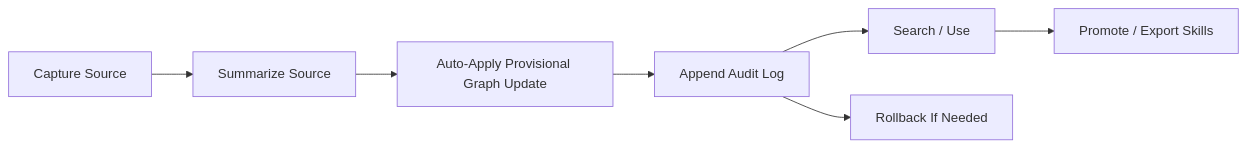
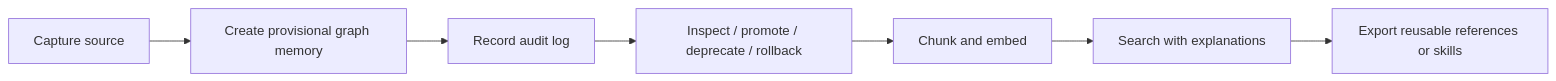
Before and after one commit to sparkplug604/praxis: the second of 2 diagrams in README.md, drawn with Mermaid. The commit also changed other lines of this file, not shown here.

Commit message:
Clarify Praxis knowledge loop

````diff
--- a/README.md
+++ b/README.md
@@ -162,9 +167,9 @@
 ```mermaid
 flowchart LR
-    A["Capture Source"] --> B["Summarize Source"]
-    B --> C["Auto-Apply Provisional Graph Update"]
-    C --> D["Append Audit Log"]
-    D --> E["Search / Use"]
-    D --> F["Rollback If Needed"]
-    E --> G["Promote / Export Skills"]
+    A["Capture source"] --> B["Create provisional graph memory"]
+    B --> C["Record audit log"]
+    C --> D["Inspect / promote / deprecate / rollback"]
+    D --> E["Chunk and embed"]
+    E --> F["Search with explanations"]
+    F --> G["Export reusable references or skills"]
 ```
````
